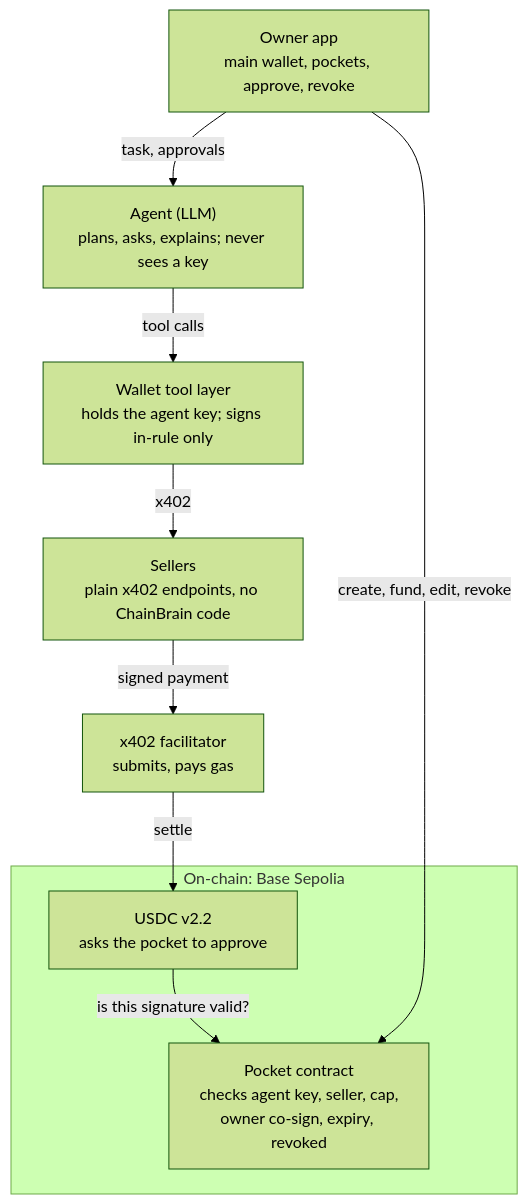
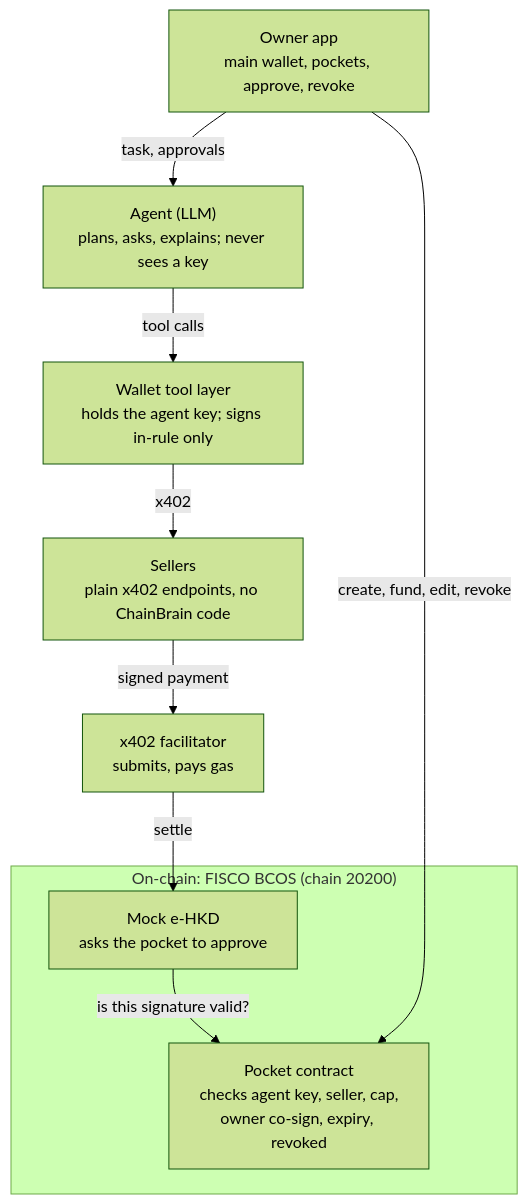
One commit to ixgnoy/ChainBrain changed the diagram in docs/02-product/product-design.md. Above: the diagram before and after it, drawn with Mermaid (forest theme). The commit also changed other lines of this file and 50 other files, not shown here.

Commit message:
docs: FISCO BCOS + Mock e-HKD only; explorer labels and comments no longer mention Base

````diff
--- a/docs/02-product/product-design.md
+++ b/docs/02-product/product-design.md
@@ -216,19 +216,19 @@
 ```mermaid
 flowchart TB
     Owner["Owner app<br/>main wallet, pockets, approve, revoke"]
     Agent["Agent (LLM)<br/>plans, asks, explains; never sees a key"]
     Tool["Wallet tool layer<br/>holds the agent key; signs in-rule only"]
     Sellers["Sellers<br/>plain x402 endpoints, no ChainBrain code"]
     Fac["x402 facilitator<br/>submits, pays gas"]
-    subgraph Chain["On-chain: Base Sepolia"]
+    subgraph Chain["On-chain: FISCO BCOS (chain 20200)"]
         Pocket["Pocket contract<br/>checks agent key, seller, cap,<br/>owner co-sign, expiry, revoked"]
-        USDC["USDC v2.2<br/>asks the pocket to approve"]
+        EHKD["Mock e-HKD<br/>asks the pocket to approve"]
     end
     Owner -- "task, approvals" --> Agent
     Agent -- "tool calls" --> Tool
     Tool -- "x402" --> Sellers
     Sellers -- "signed payment" --> Fac
-    Fac -- "settle" --> USDC
-    USDC -- "is this signature valid?" --> Pocket
+    Fac -- "settle" --> EHKD
+    EHKD -- "is this signature valid?" --> Pocket
     Owner -- "create, fund, edit, revoke" --> Pocket
 ```
````
